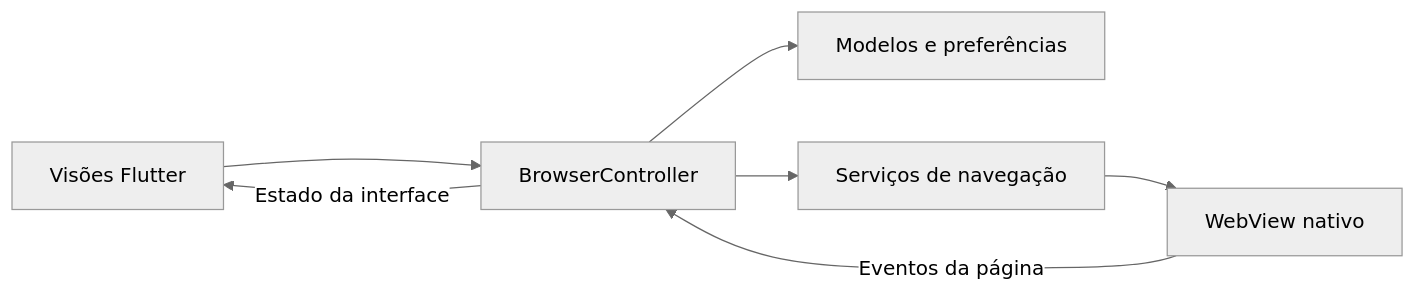
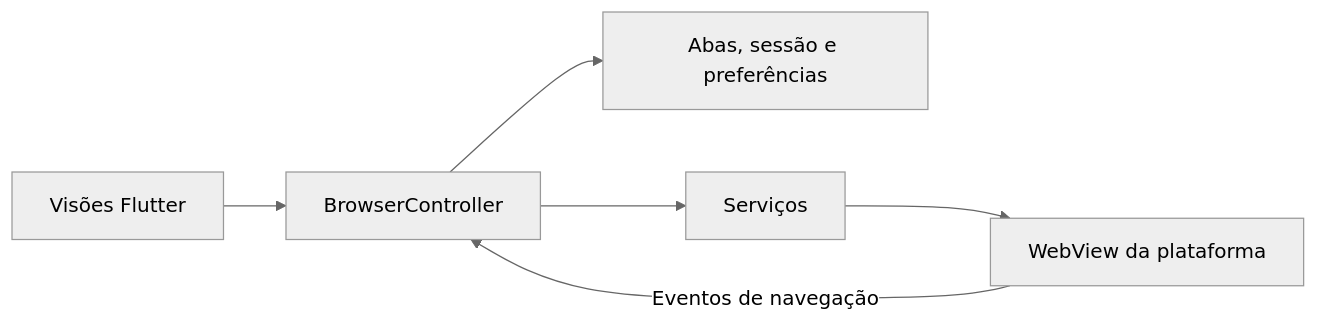
Before and after one commit to aldobarduconeto/DartBrowser: the diagram in README.md, drawn with Mermaid (neutral theme). The commit also changed other lines of this file and 14 other files, not shown here.

````diff
--- a/README.md
+++ b/README.md
@@ -234,9 +141,8 @@
 ```mermaid
 flowchart LR
-    View["Visões Flutter"] --> Controller["BrowserController"]
-    Controller --> Model["Modelos e preferências"]
-    Controller --> Services["Serviços de navegação"]
-    Services --> Engine["WebView nativo"]
-    Engine -->|Eventos da página| Controller
-    Controller -->|Estado da interface| View
+  View["Visões Flutter"] --> Controller["BrowserController"]
+  Controller --> Model["Abas, sessão e preferências"]
+  Controller --> Services["Serviços"]
+  Services --> WebView["WebView da plataforma"]
+  WebView -->|Eventos de navegação| Controller
 ```
````
